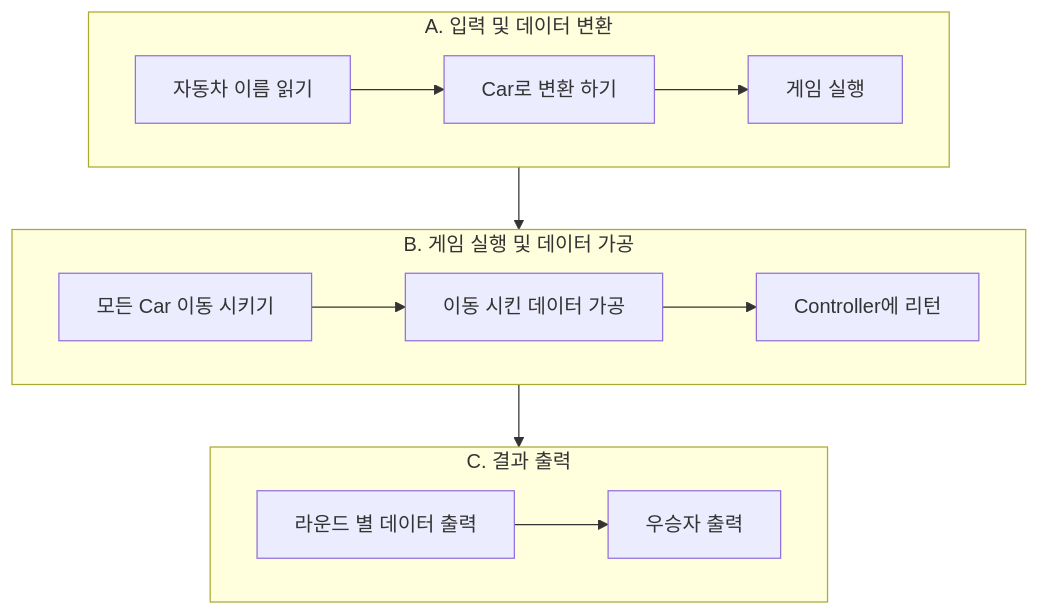
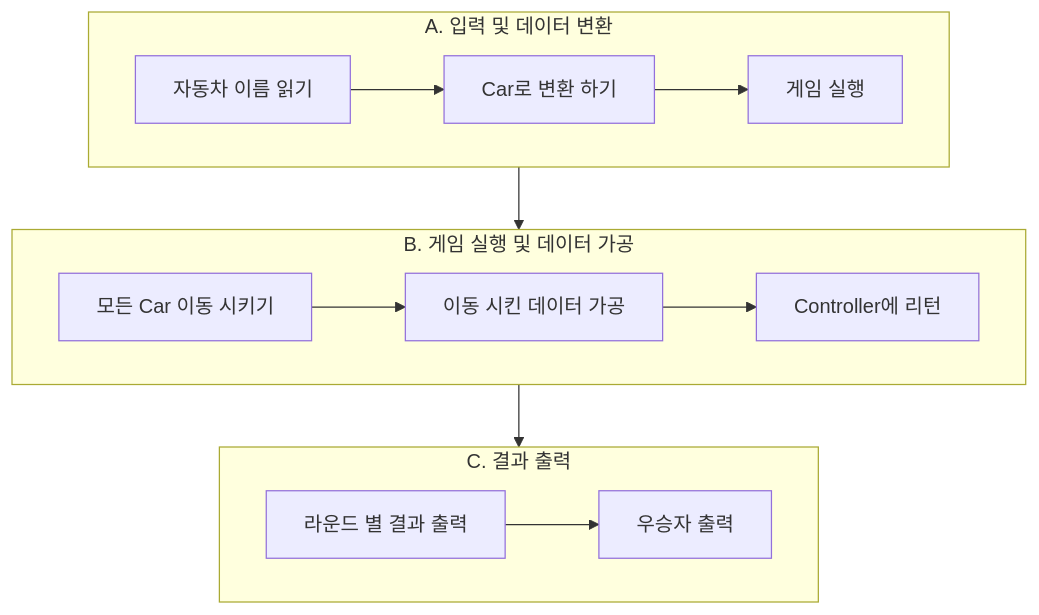
The diagram in flowchart.mmd (dohaahi/java-racingcar-precourse), drawn with Mermaid before and after one commit.

Commit message:
feat: 기본 설계도 작성

```diff
--- a/flowchart.mmd
+++ b/flowchart.mmd
@@ -1,24 +1,24 @@
 flowchart TB
     A --> B --> C
     subgraph A[A. 입력 및 데이터 변환]
         direction LR
         A1[자동차 이름 읽기]
         A2[Car로 변환 하기]
         A3[게임 실행]
         A1 --> A2 --> A3
     end
 
     subgraph B[B. 게임 실행 및 데이터 가공]
         direction LR
         B1[모든 Car 이동 시키기]
         B2[이동 시킨 데이터 가공]
         B3[Controller에 리턴]
         B1 --> B2 --> B3
     end
 
     subgraph C[C. 결과 출력]
         direction LR
-        C1[라운드 별 데이터 출력]
+        C1[라운드 별 결과 출력]
         C2[우승자 출력]
         C1 --> C2
     end
```
